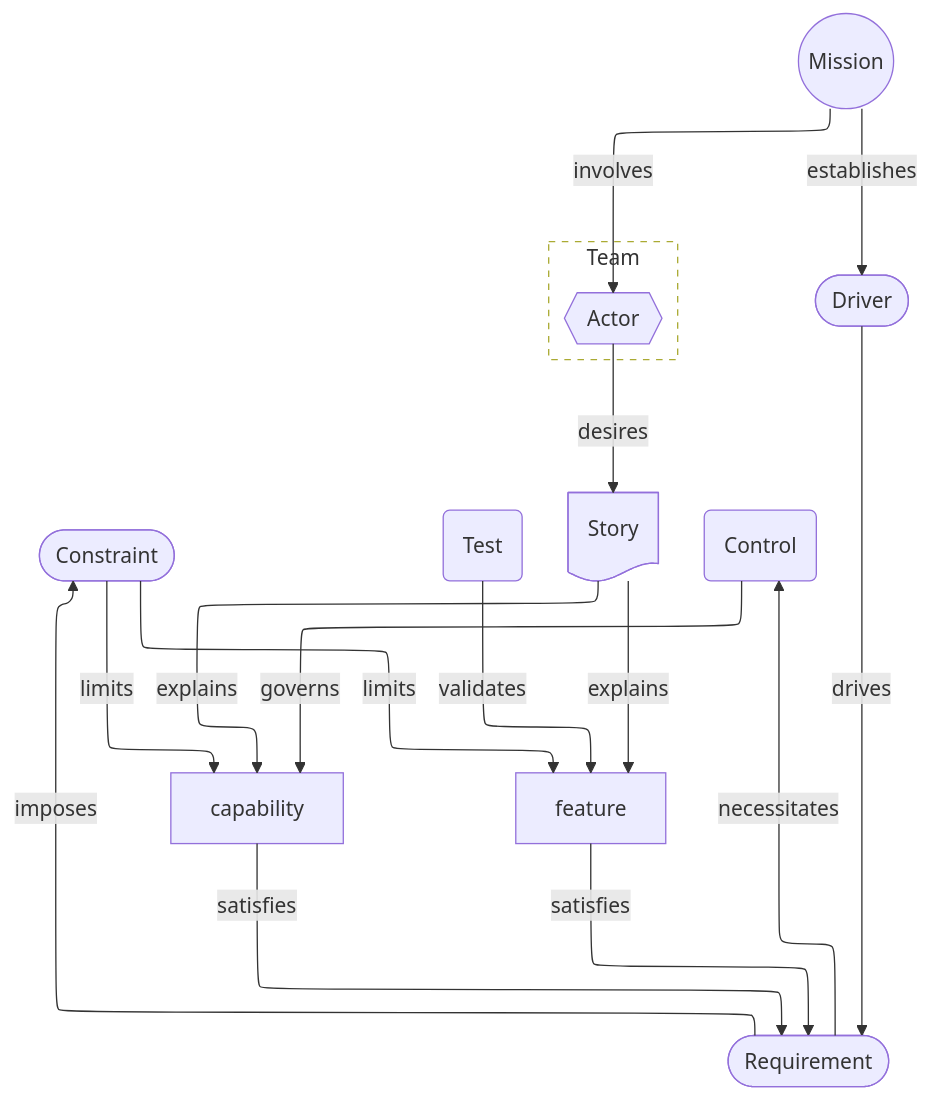
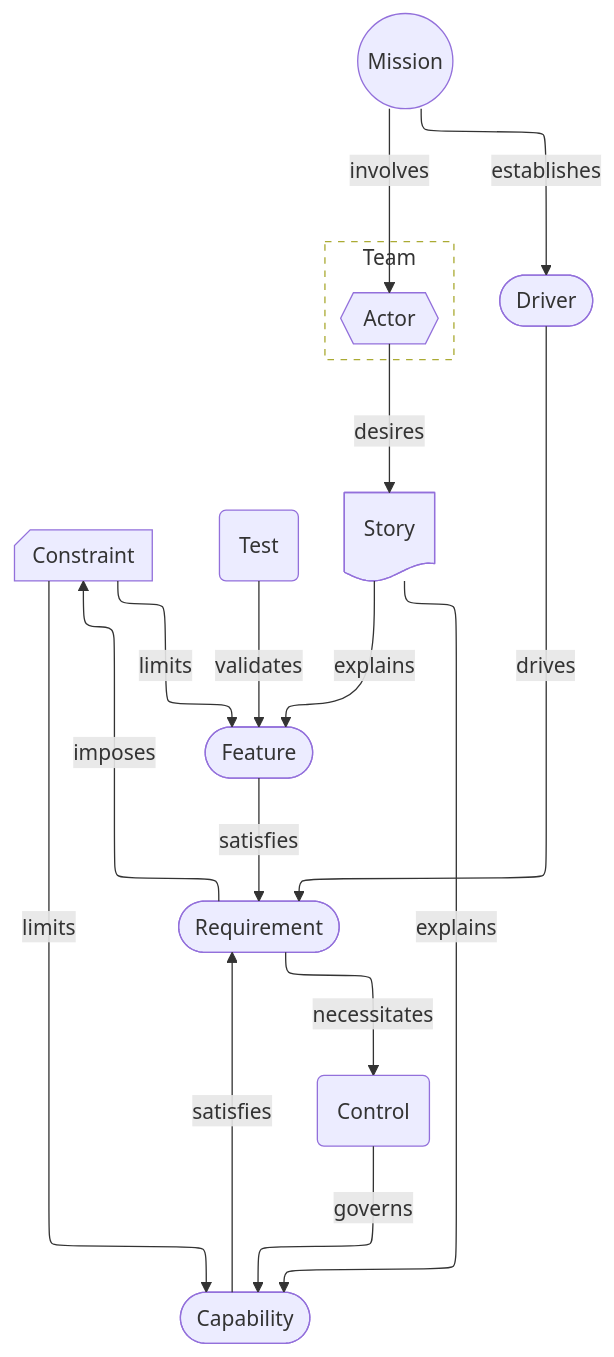
One commit to JEleniel/aurora changed the diagram in docs/views/Requirements.md. Above: the diagram before and after it, drawn with Mermaid. The commit also changed other lines of this file and 232 other files, not shown here.

````diff
--- a/docs/views/Requirements.md
+++ b/docs/views/Requirements.md
@@ -8,37 +8,38 @@
 ```mermaid
 ---
 config:
   layout: elk
 ---
 %%{init: {'themeVariables': { 'clusterBkg': 'transparent' }}}%%
 graph
 	mission((Mission))
 	driver([Driver])
+	capability([Capability])
+	feature([Feature])
 	requirement([Requirement])
-	constraint([Constraint])
+	constraint[Constraint]@{shape: card}
 	test(Test)
-	actor{{Actor}}
 	story[Story]@{shape: document}
 	control(Control)
 
 	subgraph Team
 		actor{{Actor}}
 	end
 
 	mission -- establishes --> driver
 	mission -- involves --> actor
 	driver -- drives --> requirement
 	capability -- satisfies --> requirement
-    feature -- satisfies --> requirement
-    requirement -- imposes --> constraint        
-    constraint -- limits --> capability
-    constraint -- limits --> feature
+	feature -- satisfies --> requirement
+	requirement -- imposes --> constraint
+	constraint -- limits --> capability
+	constraint -- limits --> feature
 	test -- validates --> feature
 	actor -- desires --> story
 	story -- explains --> feature
 	story -- explains --> capability
 	requirement -- necessitates --> control
 	control -- governs --> capability
 classDef dashed stroke-dasharray:5 5;
 class Team dashed
 ```
````
